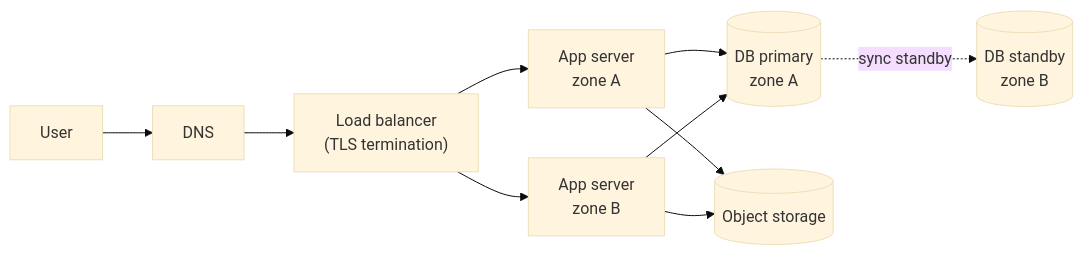
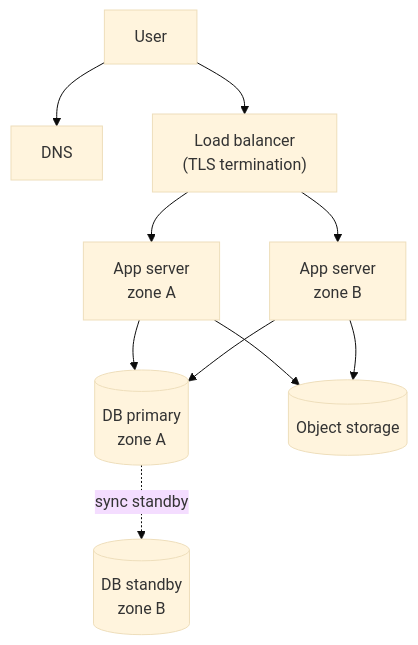
The fourth of 9 diagrams in src/content/docs/practice/scaling-to-millions.mdx (butyavk/system-design), drawn with Mermaid (base theme) before and after one commit. The commit also changed other lines of this file and 144 other files, not shown here.

````diff
--- a/src/content/docs/practice/scaling-to-millions.mdx
+++ b/src/content/docs/practice/scaling-to-millions.mdx
@@ -189,10 +189,10 @@
 ```mermaid
-flowchart LR
+flowchart TB
   user["User"] --> dns["DNS"]
-  dns --> lb["Load balancer<br/>(TLS termination)"]
+  user --> lb["Load balancer<br/>(TLS termination)"]
   lb --> app1["App server<br/>zone A"]
   lb --> app2["App server<br/>zone B"]
   app1 & app2 --> db[("DB primary<br/>zone A")]
   db -.->|"sync standby"| standby[("DB standby<br/>zone B")]
   app1 & app2 --> obj[("Object storage")]
 ```
````
